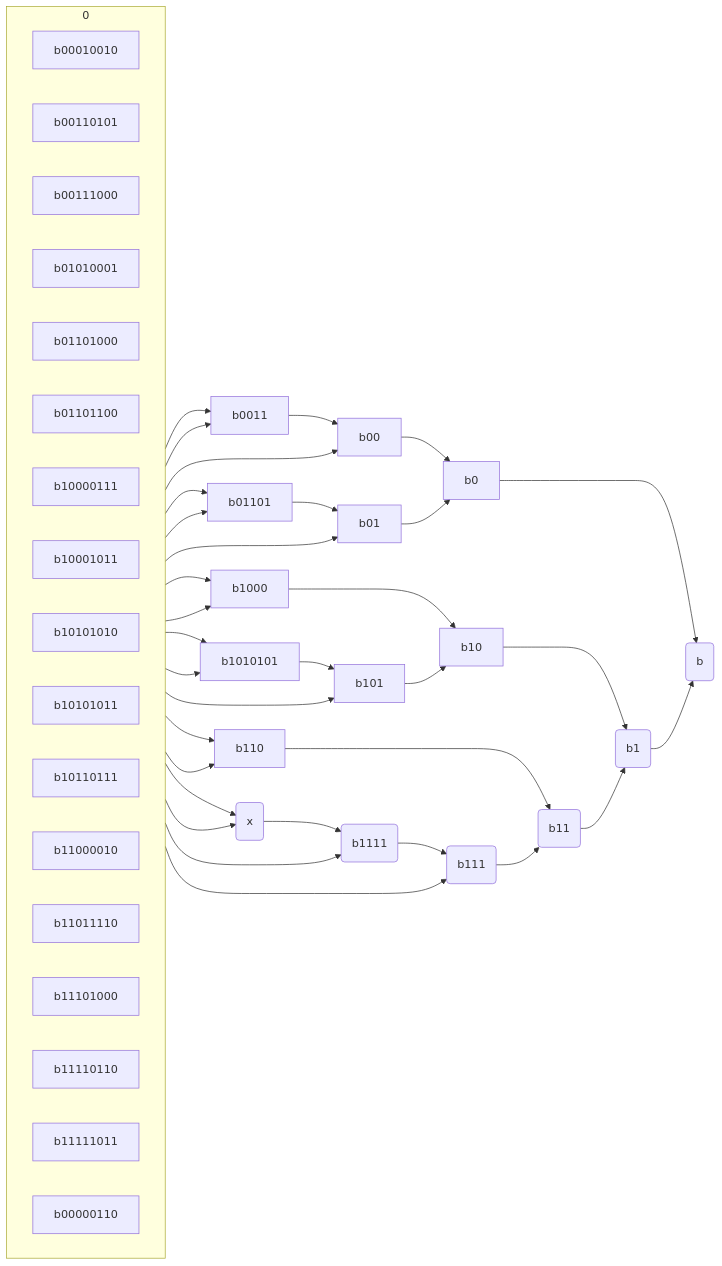
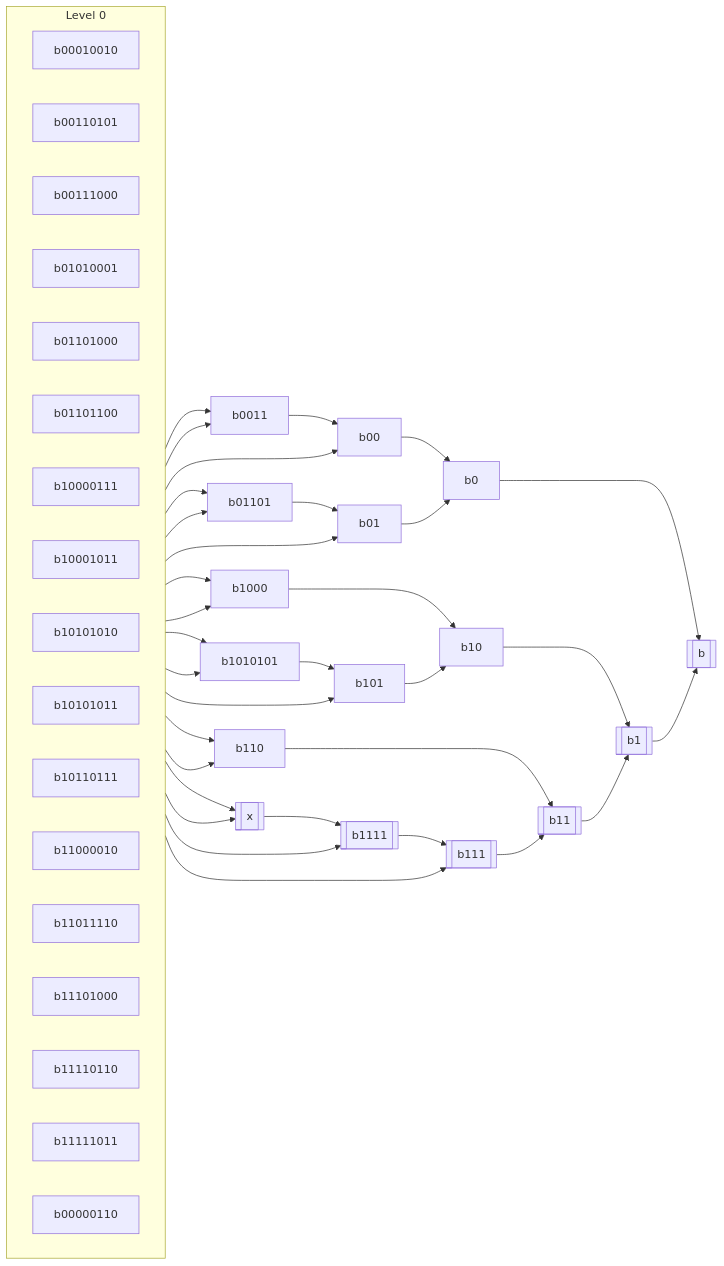
One commit to datablockset/blockset changed the first of 2 diagrams in notes/subtree-graph.md. Above: the diagram before and after it, drawn with Mermaid. The commit also changed other lines of this file and 1 other file, not shown here.

````diff
--- a/notes/subtree-graph.md
+++ b/notes/subtree-graph.md
@@ -12,40 +12,40 @@
 ```mermaid
 graph LR
-    subgraph 0
+    subgraph Level 0
         direction LR
         b00010010
         b00110101
         b00111000
         b01010001
         b01101000
         b01101100
         b10000111
         b10001011
         b10101010
         b10101011
         b10110111
         b11000010
         b11011110
         b11101000
         b11110110
         b11111011
         b00000110
     end
-    b00010010 --> b00 --> b0 --> b(b)
+    b00010010 --> b00 --> b0 --> b[[b]]
     b00110101 --> b0011 --> b00
     b00111000 --> b0011
     b01010001 --> b01 --> b0
     b01101000 --> b01101 --> b01
     b01101100 --> b01101
-    b10000111 --> b1000 --> b10 --> b1(b1) --> b
+    b10000111 --> b1000 --> b10 --> b1[[b1]] --> b
     b10001011 --> b1000
     b10101010 --> b1010101 --> b101 --> b10
     b10101011 --> b1010101
     b10110111 --> b101
-    b11000010 --> b110 --> b11(b11) --> b1
+    b11000010 --> b110 --> b11[[b11]] --> b1
     b11011110 --> b110
-    b11101000 --> b111(b111) --> b11
-    b11110110 --> b1111(b1111) --> b111
-    b11111011 --> x(x) --> b1111
+    b11101000 --> b111[[b111]] --> b11
+    b11110110 --> b1111[[b1111]] --> b111
+    b11111011 --> x[[x]] --> b1111
     b00000110 --> x
 ```
````
